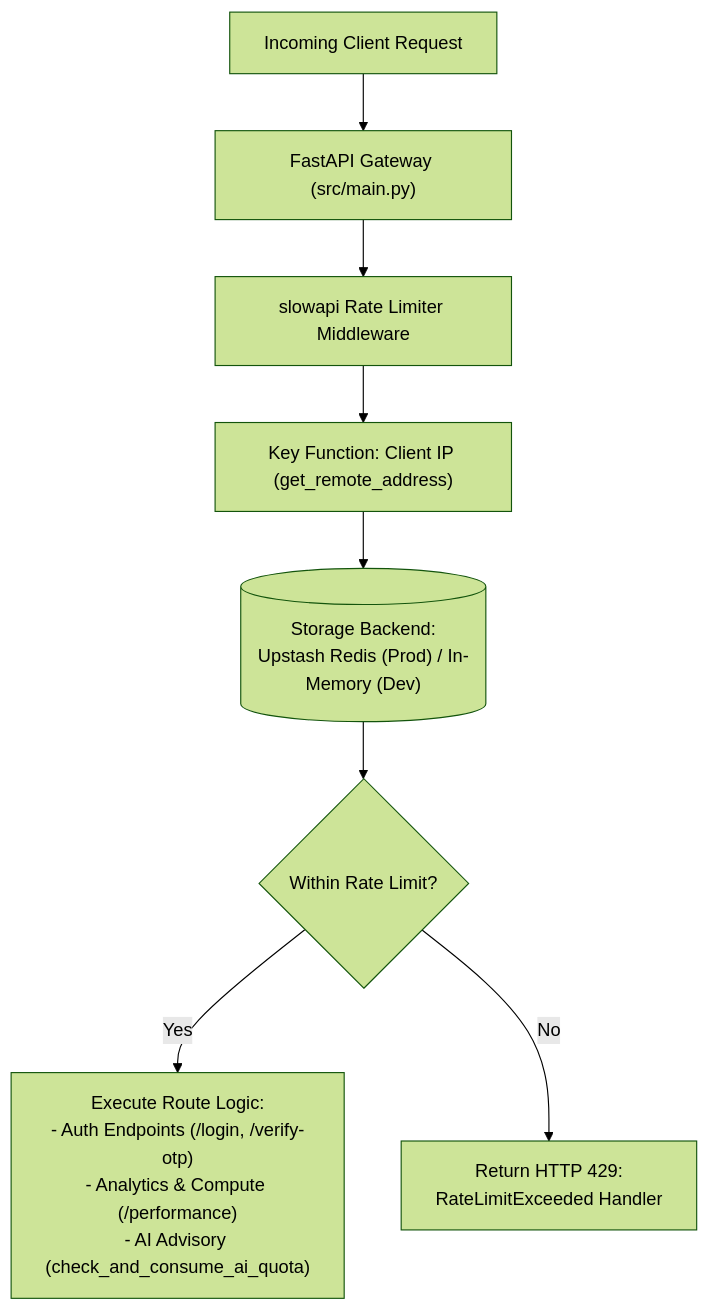
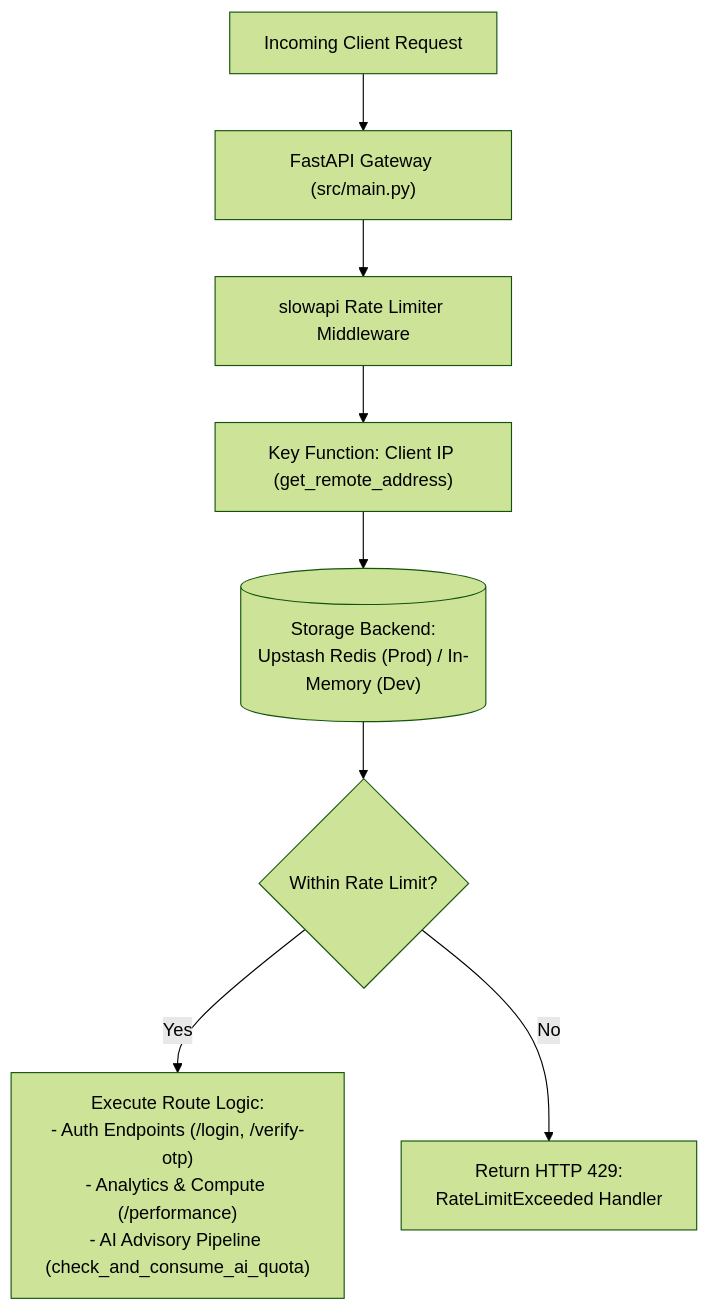
One commit to benoirajan/portfolio-assistant changed the diagram in docs/lld/14_http_rate_limiting.md. Above: the diagram before and after it, drawn with Mermaid (forest theme). The commit also changed other lines of this file and 4 other files, not shown here.

Commit message:
refactor: restrict AI quota consumption to multi-stage advisory endpoints and update frontend quota checks

````diff
--- a/docs/lld/14_http_rate_limiting.md
+++ b/docs/lld/14_http_rate_limiting.md
@@ -25,12 +25,12 @@
 ```mermaid
 graph TD
     Client["Incoming Client Request"] --> Gateway["FastAPI Gateway (src/main.py)"]
     Gateway --> Middleware["slowapi Rate Limiter Middleware"]
     
     Middleware --> KeyFunc["Key Function: Client IP (get_remote_address)"]
     KeyFunc --> Storage[("Storage Backend:\nUpstash Redis (Prod) / In-Memory (Dev)")]
     
     Storage --> Evaluation{"Within Rate Limit?"}
-    Evaluation -->|Yes| RouteHandler["Execute Route Logic:\n- Auth Endpoints (/login, /verify-otp)\n- Analytics & Compute (/performance)\n- AI Advisory (check_and_consume_ai_quota)"]
+    Evaluation -->|Yes| RouteHandler["Execute Route Logic:\n- Auth Endpoints (/login, /verify-otp)\n- Analytics & Compute (/performance)\n- AI Advisory Pipeline (check_and_consume_ai_quota)"]
     Evaluation -->|No| Handler429["Return HTTP 429:\nRateLimitExceeded Handler"]
 ```
````
